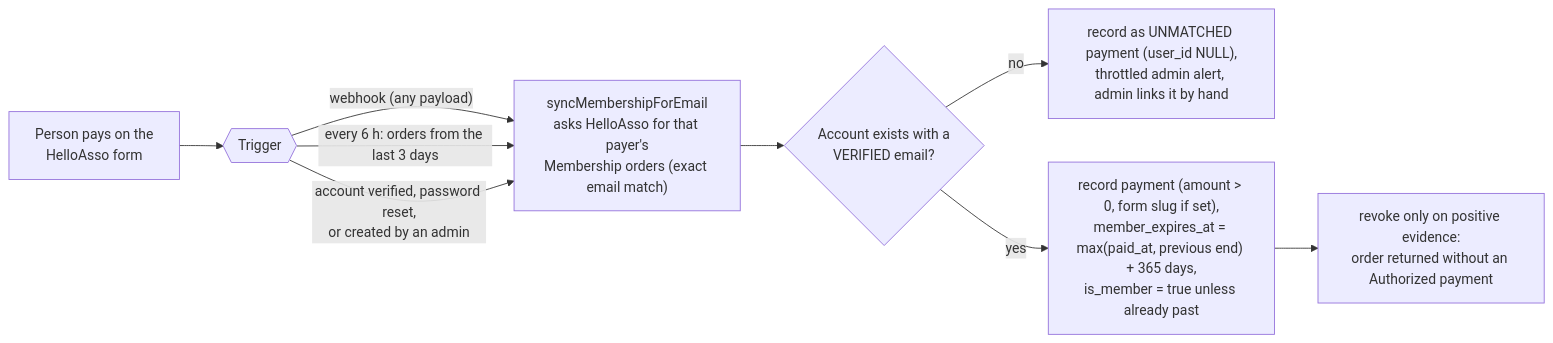
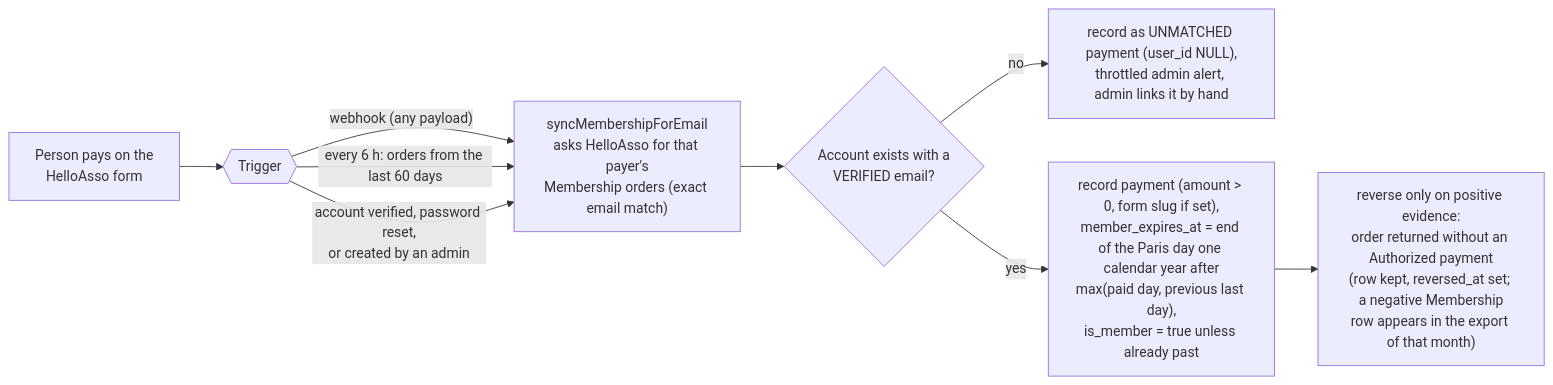
The tenth of 15 diagrams in docs/architecture.md (umasbooksadmin/umasbookswebsite), drawn with Mermaid before and after one commit. The commit also changed other lines of this file and 32 other files, not shown here.

````diff
--- a/docs/architecture.md
+++ b/docs/architecture.md
@@ -914,12 +914,12 @@
 ```mermaid
 flowchart LR
   P["Person pays on the<br/>HelloAsso form"] --> T{{"Trigger"}}
   T -- "webhook (any payload)" --> S
-  T -- "every 6 h: orders from the last 3 days" --> S
+  T -- "every 6 h: orders from the last 60 days" --> S
   T -- "account verified, password reset,<br/>or created by an admin" --> S
   S["syncMembershipForEmail<br/>asks HelloAsso for that payer's<br/>Membership orders (exact email match)"]
   S --> V{"Account exists with a<br/>VERIFIED email?"}
   V -- no --> W["record as UNMATCHED payment (user_id NULL),<br/>throttled admin alert, admin links it by hand"]
-  V -- yes --> R["record payment (amount &gt; 0, form slug if set),<br/>member_expires_at = max(paid_at, previous end) + 365 days,<br/>is_member = true unless already past"]
-  R --> X["revoke only on positive evidence:<br/>order returned without an Authorized payment"]
+  V -- yes --> R["record payment (amount &gt; 0, form slug if set),<br/>member_expires_at = end of the Paris day one calendar year after<br/>max(paid day, previous last day),<br/>is_member = true unless already past"]
+  R --> X["reverse only on positive evidence:<br/>order returned without an Authorized payment<br/>(row kept, reversed_at set; a negative Membership<br/>row appears in the export of that month)"]
 ```
````
